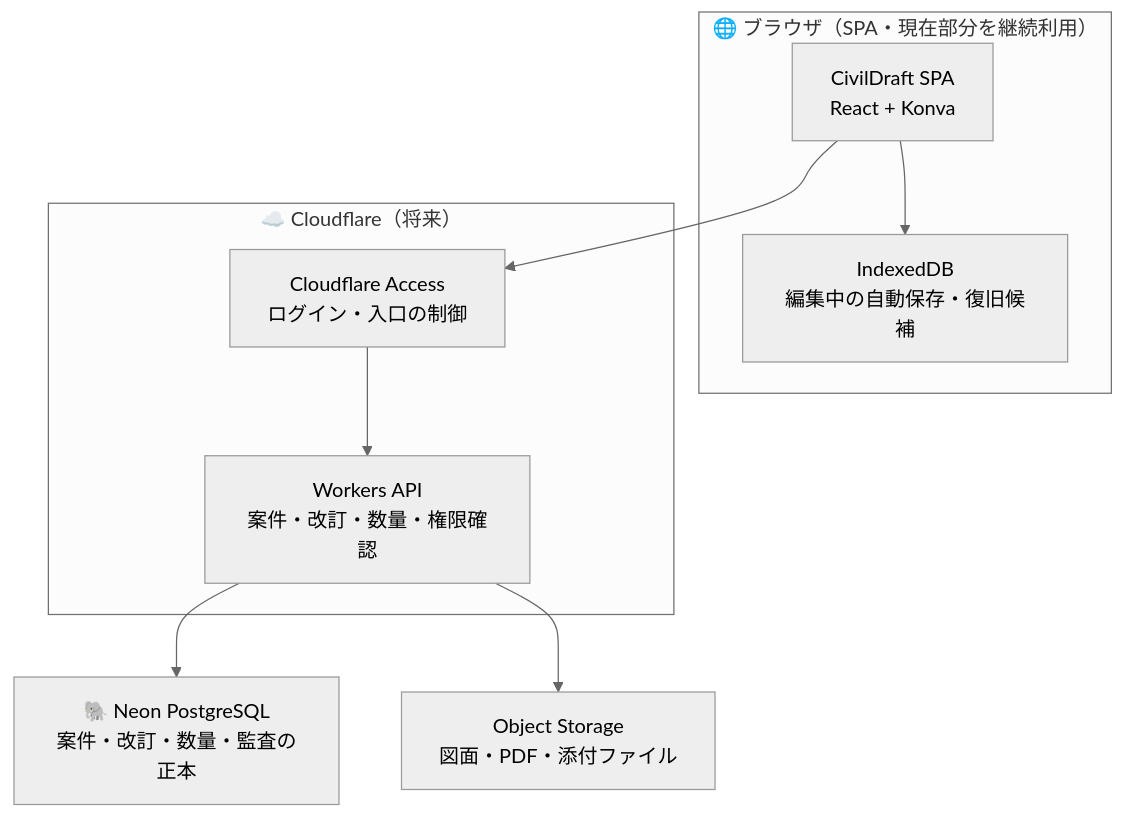
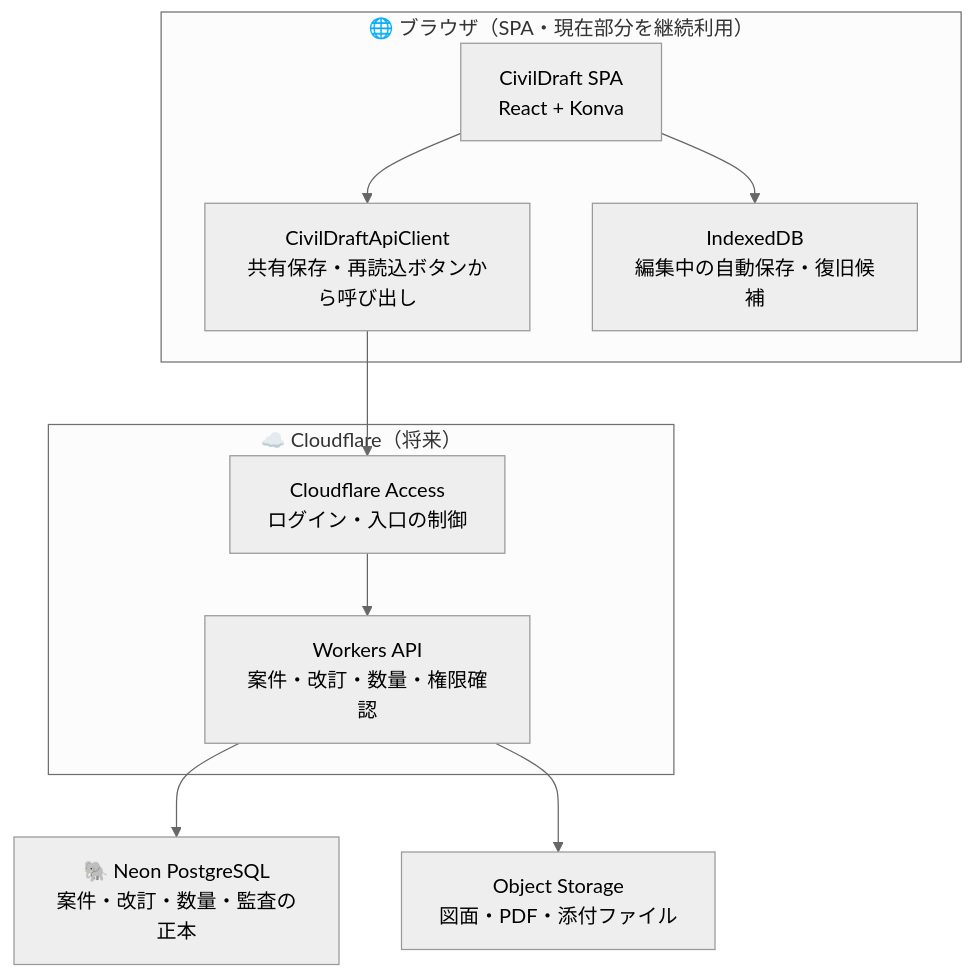
The second of 8 diagrams in docs/architecture/overview.md (Kensan196948G/CivilDraft-Web-CAD), drawn with Mermaid (neutral theme) before and after one commit. The commit also changed other lines of this file and 42 other files, not shown here.

````diff
--- a/docs/architecture/overview.md
+++ b/docs/architecture/overview.md
@@ -47,18 +47,20 @@
 ```mermaid
 graph TB
     subgraph CLIENT["🌐 ブラウザ（SPA・現在部分を継続利用）"]
         SPA["CivilDraft SPA<br>React + Konva"]
+        CLIENT_API["CivilDraftApiClient<br>共有保存・再読込ボタンから呼び出し"]
         IDB["IndexedDB<br>編集中の自動保存・復旧候補"]
         SPA --> IDB
+        SPA --> CLIENT_API
     end
     subgraph EDGE["☁️ Cloudflare（将来）"]
         ACCESS["Cloudflare Access<br>ログイン・入口の制御"]
         WORKERS["Workers API<br>案件・改訂・数量・権限確認"]
     end
     NEON["🐘 Neon PostgreSQL<br>案件・改訂・数量・監査の正本"]
     OBJ["Object Storage<br>図面・PDF・添付ファイル"]
-    SPA --> ACCESS
+    CLIENT_API --> ACCESS
     ACCESS --> WORKERS
     WORKERS --> NEON
     WORKERS --> OBJ
 ```
````
